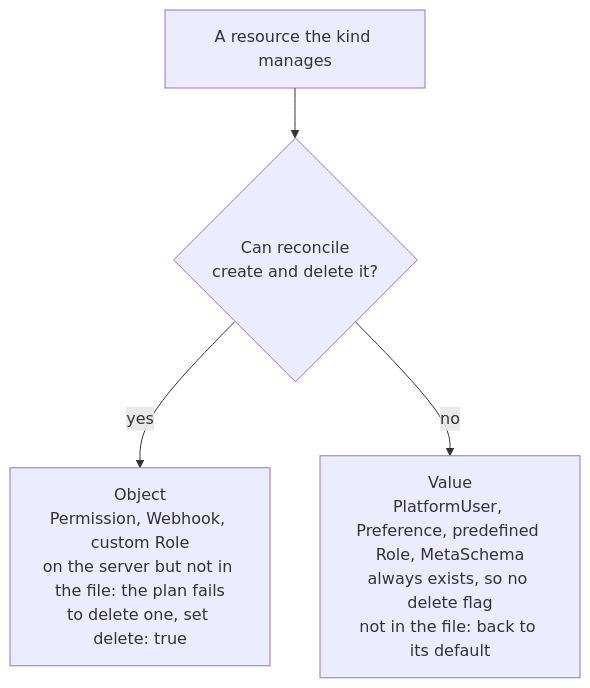
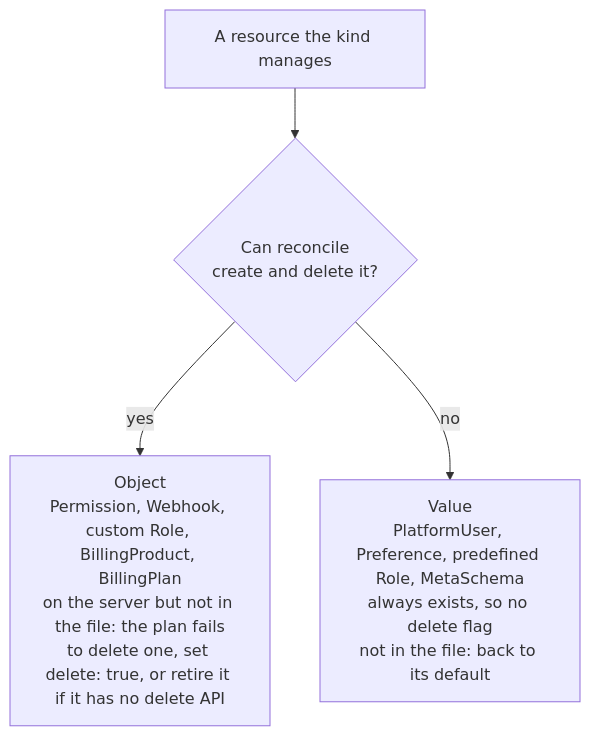
One commit to raystack/frontier changed the second of 3 diagrams in docs/rfcs/0001-declarative-reconcile.md. Above: the diagram before and after it, drawn with Mermaid. The commit also changed other lines of this file, not shown here.

Commit message:
docs(rfc): document the BillingProduct and BillingPlan kinds

````diff
--- a/docs/rfcs/0001-declarative-reconcile.md
+++ b/docs/rfcs/0001-declarative-reconcile.md
@@ -41,6 +41,6 @@
 ```mermaid
 flowchart TD
     r["A resource the kind manages"] --> q{"Can reconcile<br/>create and delete it?"}
-    q -->|"yes"| o["Object<br/>Permission, Webhook, custom Role<br/>on the server but not in the file: the plan fails<br/>to delete one, set delete: true"]
+    q -->|"yes"| o["Object<br/>Permission, Webhook, custom Role, BillingProduct, BillingPlan<br/>on the server but not in the file: the plan fails<br/>to delete one, set delete: true, or retire it if it has no delete API"]
     q -->|"no"| v["Value<br/>PlatformUser, Preference, predefined Role, MetaSchema<br/>always exists, so no delete flag<br/>not in the file: back to its default"]
 ```
````
